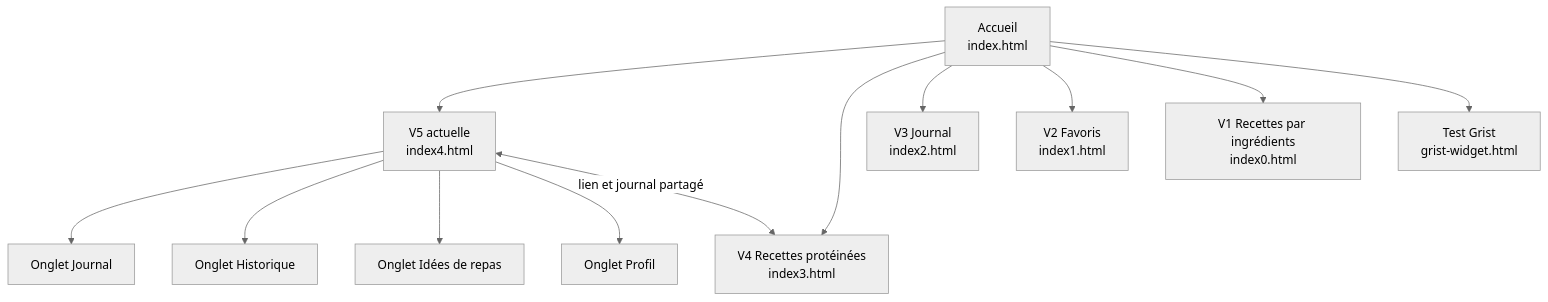
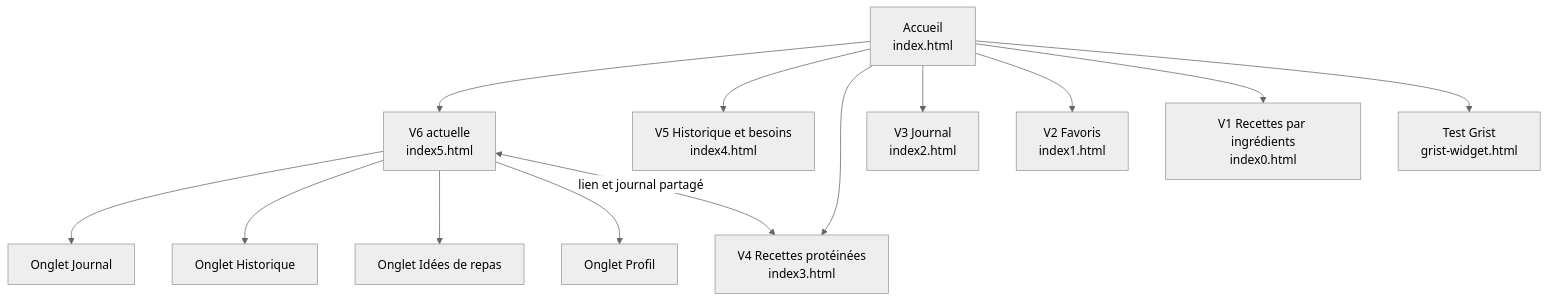
One commit to Sami-Le/generateur-de-recettes changed the first of 2 diagrams in accueil.md. Above: the diagram before and after it, drawn with Mermaid (neutral theme). The commit also changed other lines of this file and 8 other files, not shown here.

````diff
--- a/accueil.md
+++ b/accueil.md
@@ -25,15 +25,16 @@
 ```mermaid
 flowchart TD
-    A["Accueil<br/>index.html"] --> V5["V5 actuelle<br/>index4.html"]
+    A["Accueil<br/>index.html"] --> V6["V6 actuelle<br/>index5.html"]
+    A --> V5["V5 Historique et besoins<br/>index4.html"]
     A --> V4["V4 Recettes protéinées<br/>index3.html"]
     A --> V3["V3 Journal<br/>index2.html"]
     A --> V2["V2 Favoris<br/>index1.html"]
     A --> V1["V1 Recettes par ingrédients<br/>index0.html"]
     A --> G["Test Grist<br/>grist-widget.html"]
 
-    V5 --> J["Onglet Journal"]
-    V5 --> H["Onglet Historique"]
-    V5 --> I["Onglet Idées de repas"]
-    V5 --> P["Onglet Profil"]
-    V5 <-->|"lien et journal partagé"| V4
+    V6 --> J["Onglet Journal"]
+    V6 --> H["Onglet Historique"]
+    V6 --> I["Onglet Idées de repas"]
+    V6 --> P["Onglet Profil"]
+    V6 <-->|"lien et journal partagé"| V4
 ```
````
